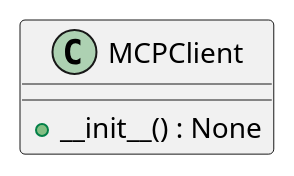
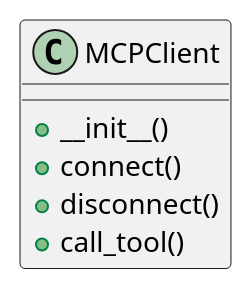
The diagram in openwiki/src/autogen_team/infrastructure/client/mcp_client.md (lgcorzo/llmops-python-package), drawn with PlantUML before and after one commit. The commit also changed other lines of this file and 77 other files, not shown here.

````diff
--- a/openwiki/src/autogen_team/infrastructure/client/mcp_client.md
+++ b/openwiki/src/autogen_team/infrastructure/client/mcp_client.md
@@ -55,7 +137,10 @@
 ```plantuml
 @startuml
-    class MCPClient {
-        +__init__() : None
-    }
+class MCPClient {
+  + __init__()
+  + connect()
+  + disconnect()
+  + call_tool()
+}
 @enduml
 ```
````
